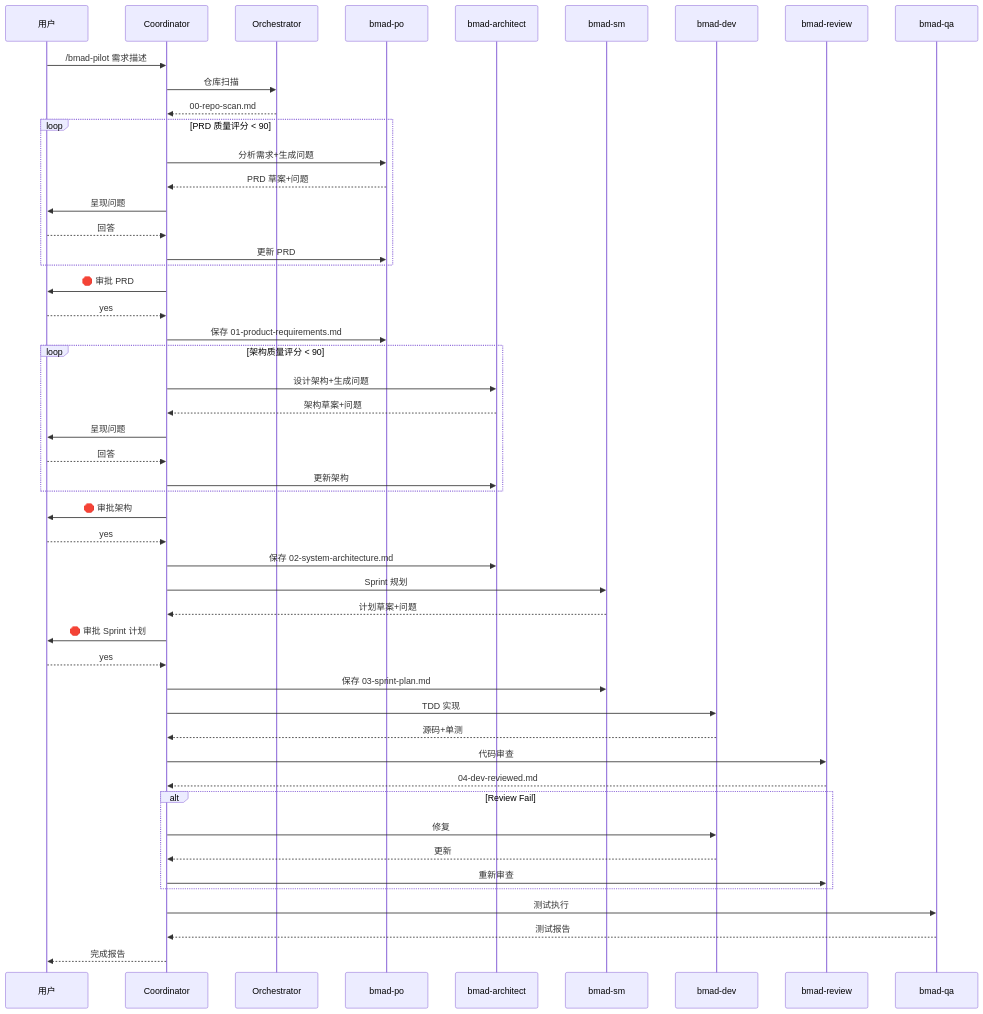
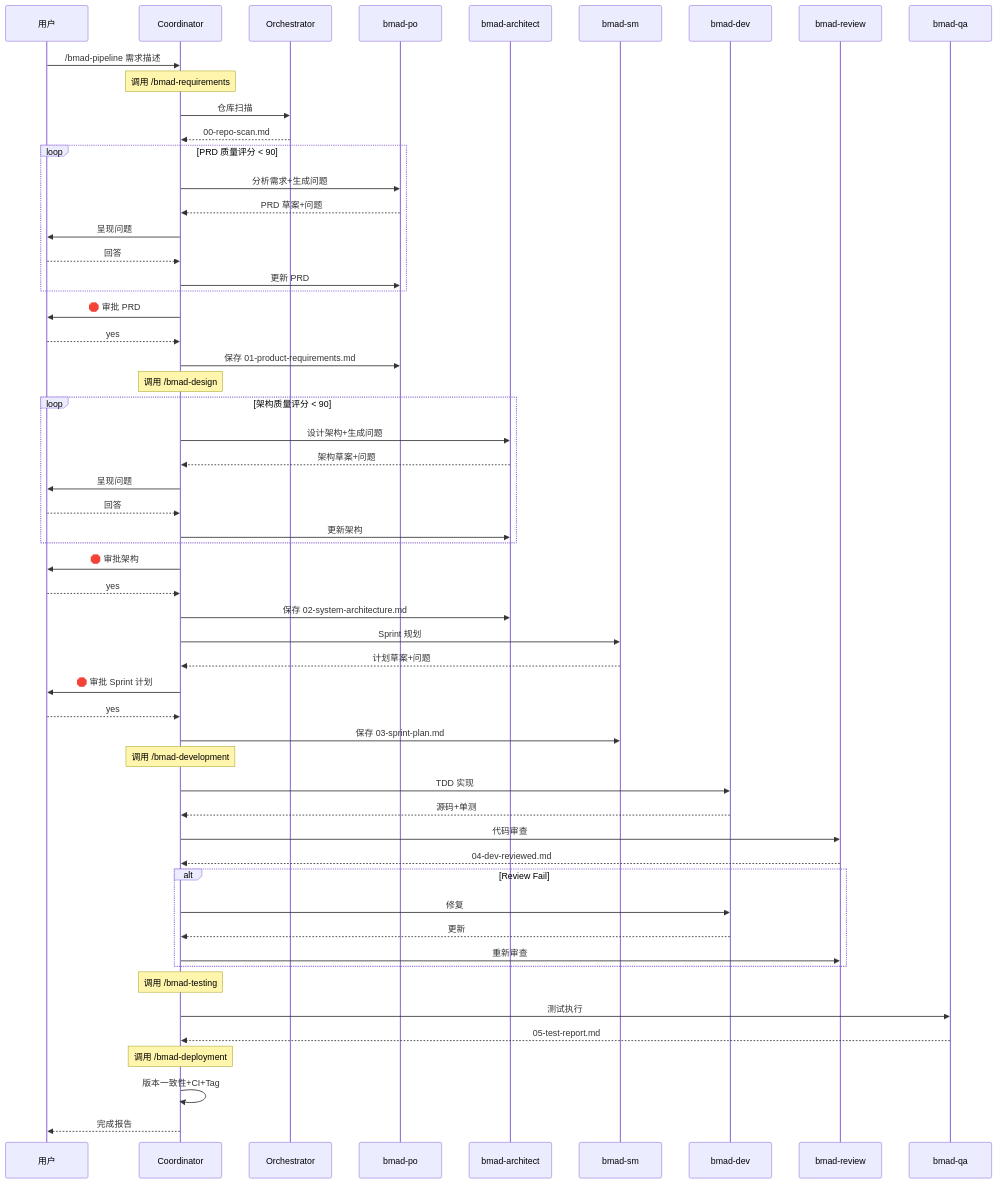
Before and after one commit to yecllsl/trae-agent-skills: the second of 5 diagrams in CODE_WIKI.md, drawn with Mermaid. The commit also changed other lines of this file and 8 other files, not shown here.

````diff
--- a/CODE_WIKI.md
+++ b/CODE_WIKI.md
@@ -324,59 +342,66 @@
 ```mermaid
 sequenceDiagram
     participant U as 用户
     participant C as Coordinator
     participant O as Orchestrator
     participant PO as bmad-po
     participant A as bmad-architect
     participant SM as bmad-sm
     participant D as bmad-dev
     participant R as bmad-review
     participant QA as bmad-qa
 
-    U->>C: /bmad-pilot 需求描述
+    U->>C: /bmad-pipeline 需求描述
+    Note over C: 调用 /bmad-requirements
     C->>O: 仓库扫描
     O-->>C: 00-repo-scan.md
 
     loop PRD 质量评分 < 90
         C->>PO: 分析需求+生成问题
         PO-->>C: PRD 草案+问题
         C->>U: 呈现问题
         U-->>C: 回答
         C->>PO: 更新 PRD
     end
     C->>U: 🛑 审批 PRD
     U-->>C: yes
     C->>PO: 保存 01-product-requirements.md
 
+    Note over C: 调用 /bmad-design
     loop 架构质量评分 < 90
         C->>A: 设计架构+生成问题
         A-->>C: 架构草案+问题
         C->>U: 呈现问题
         U-->>C: 回答
         C->>A: 更新架构
     end
     C->>U: 🛑 审批架构
     U-->>C: yes
     C->>A: 保存 02-system-architecture.md
 
     C->>SM: Sprint 规划
     SM-->>C: 计划草案+问题
     C->>U: 🛑 审批 Sprint 计划
     U-->>C: yes
     C->>SM: 保存 03-sprint-plan.md
 
+    Note over C: 调用 /bmad-development
     C->>D: TDD 实现
     D-->>C: 源码+单测
     C->>R: 代码审查
     R-->>C: 04-dev-reviewed.md
 
     alt Review Fail
         C->>D: 修复
         D-->>C: 更新
         C->>R: 重新审查
     end
 
+    Note over C: 调用 /bmad-testing
     C->>QA: 测试执行
-    QA-->>C: 测试报告
+    QA-->>C: 05-test-report.md
+
+    Note over C: 调用 /bmad-deployment
+    C->>C: 版本一致性+CI+Tag
     C-->>U: 完成报告
 ```
````
